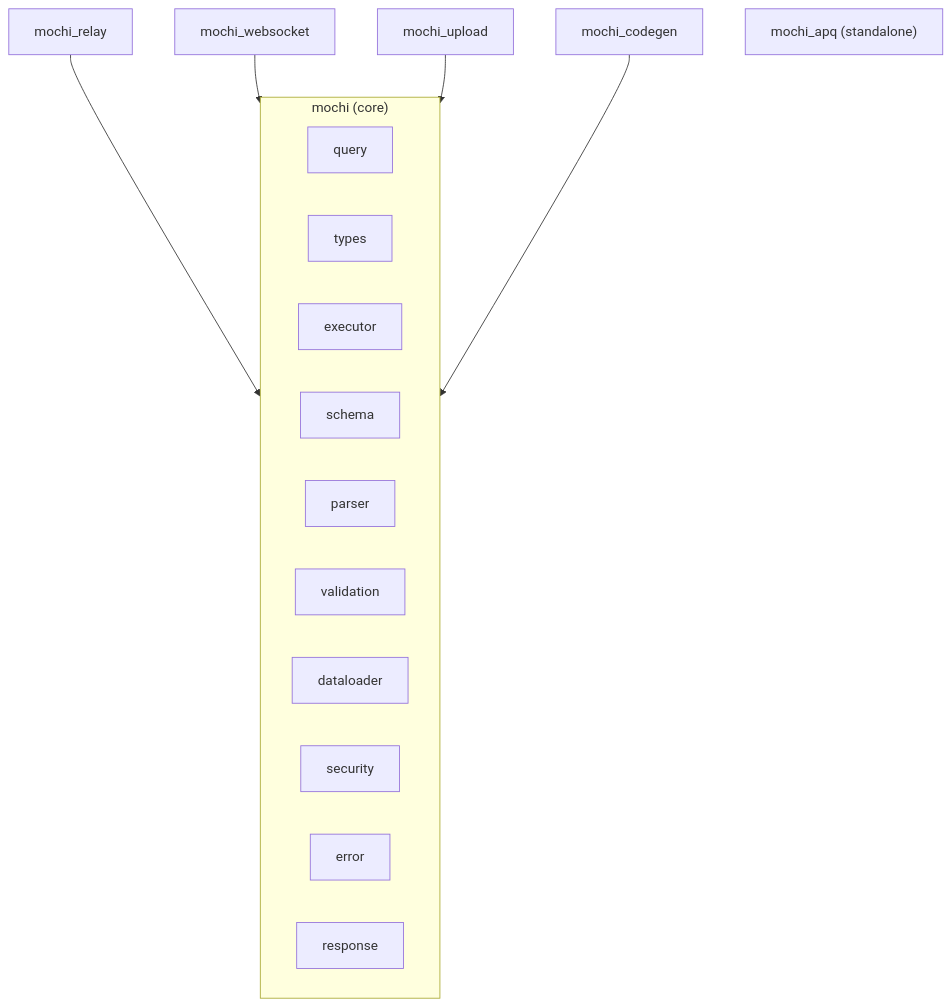
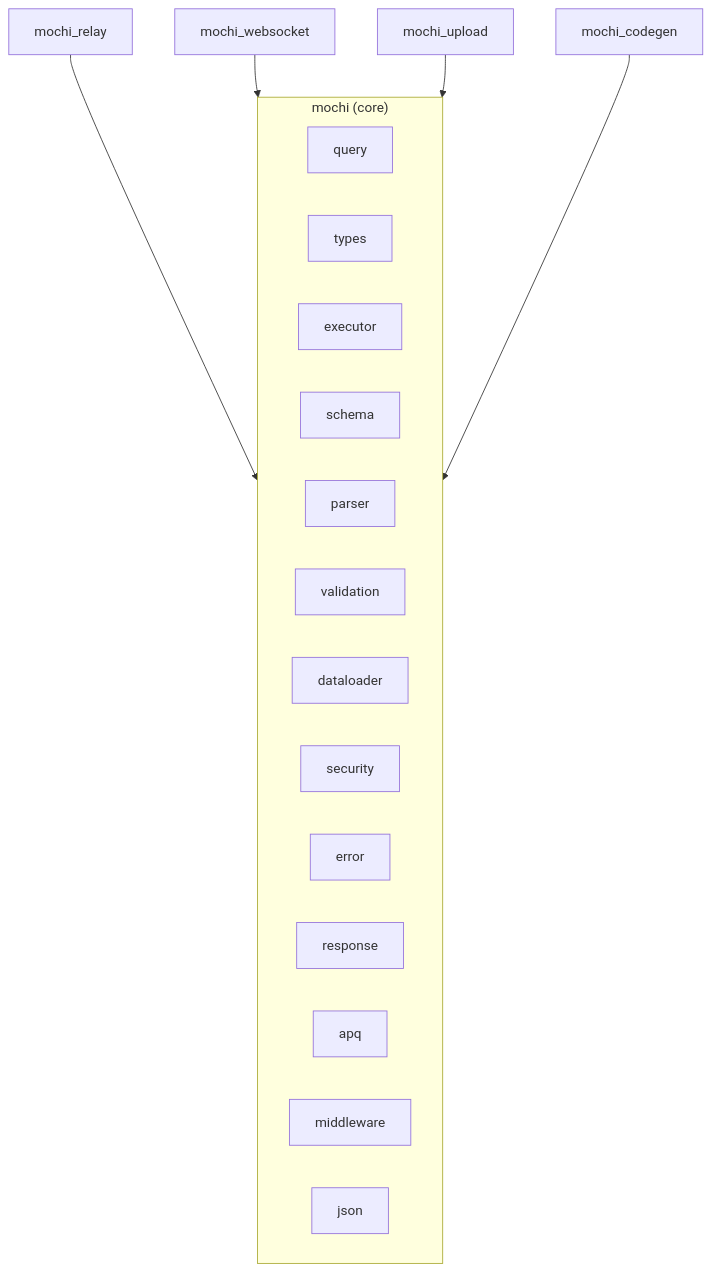
One commit to qwexvf/mochi changed the eighth of 9 diagrams in ARCHITECTURE.md. Above: the diagram before and after it, drawn with Mermaid. The commit also changed other lines of this file, not shown here.

First line of the commit message:
docs: fix stale APQ references and missing modules in ARCHITECTURE.md

````diff
--- a/ARCHITECTURE.md
+++ b/ARCHITECTURE.md
@@ -247,21 +247,23 @@
 ```mermaid
 flowchart TD
     subgraph mochi["mochi (core)"]
         query[query]
         types[types]
         executor[executor]
         schema[schema]
         parser[parser]
         validation[validation]
         dataloader[dataloader]
         security[security]
         error[error]
         response[response]
+        apq[apq]
+        middleware[middleware]
+        json[json]
     end
 
     mochi_relay --> mochi
     mochi_websocket --> mochi
     mochi_upload --> mochi
     mochi_codegen --> mochi
-    mochi_apq["mochi_apq (standalone)"]
 ```
````
